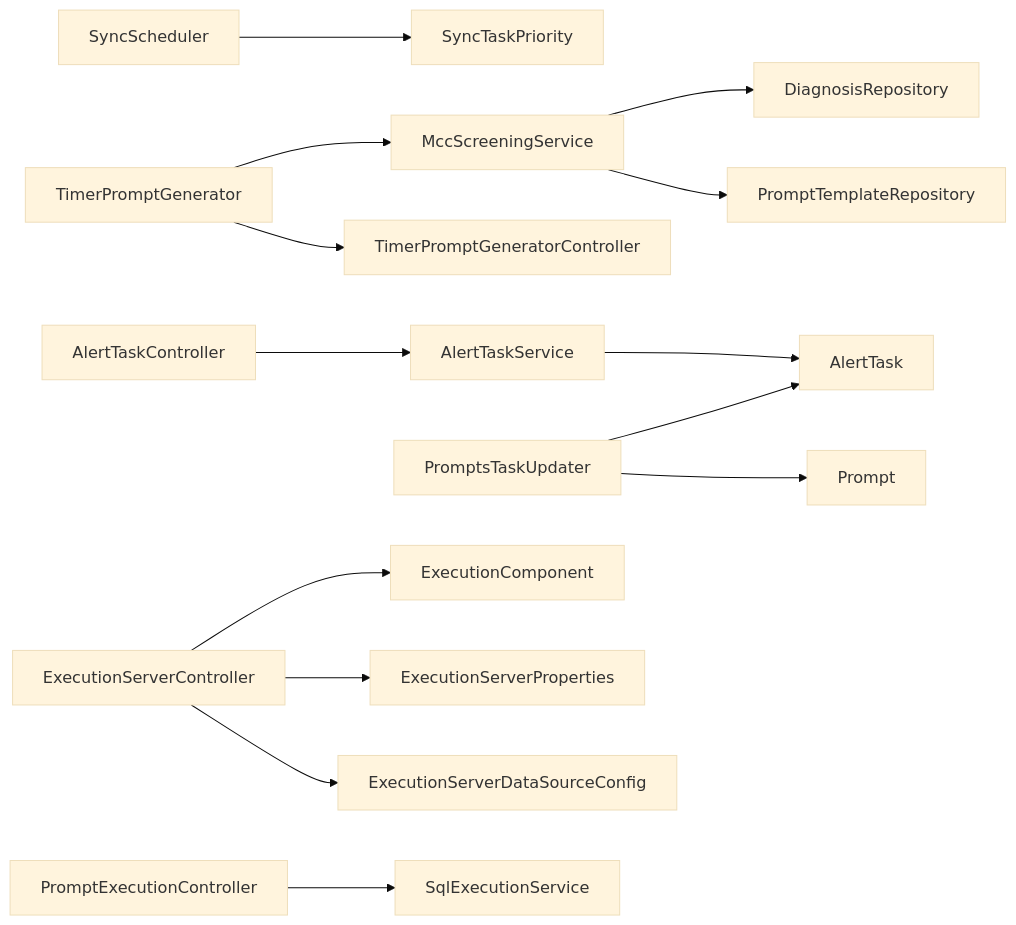
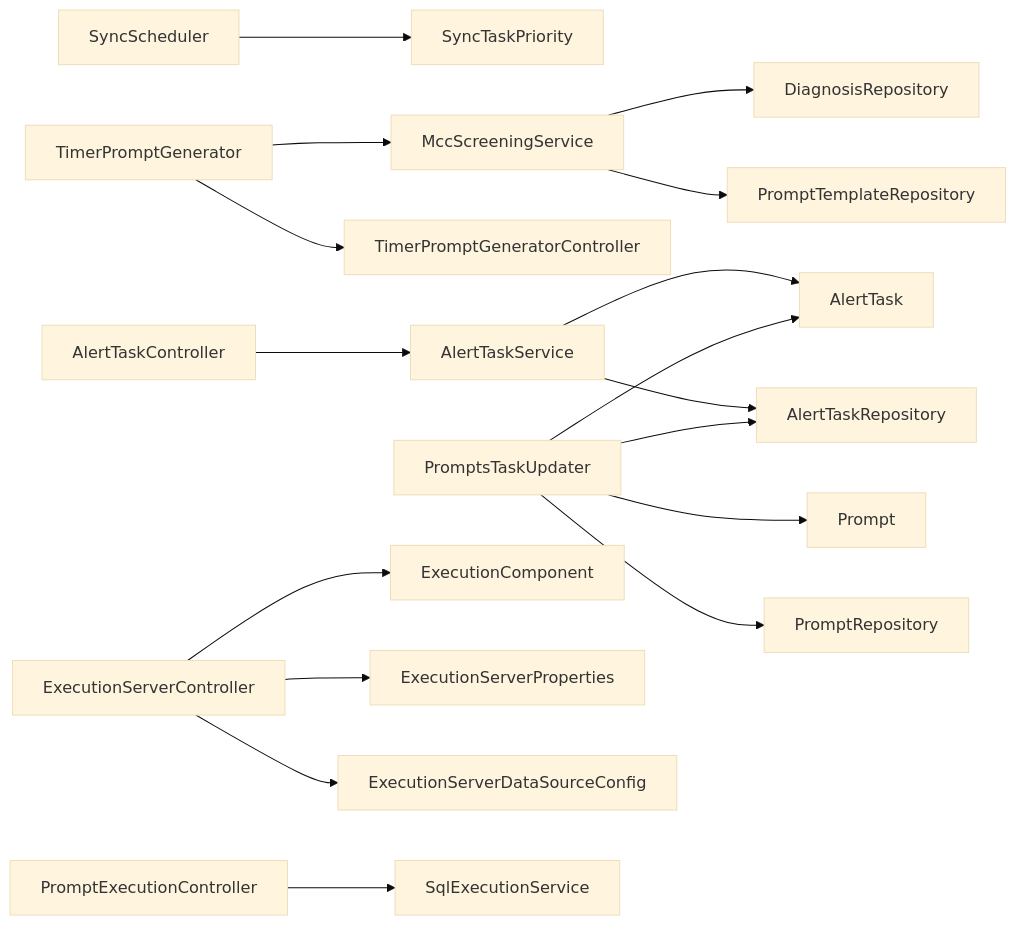
Before and after one commit to liuzh2008/med_ai_assistant_workspace: diagram 14 of 14 in .qoder/repowiki/zh/content/核心功能模块/任务调度系统.md, drawn with Mermaid (base theme). The commit also changed other lines of this file and 3 other files, not shown here.

````diff
--- a/.qoder/repowiki/zh/content/核心功能模块/任务调度系统.md
+++ b/.qoder/repowiki/zh/content/核心功能模块/任务调度系统.md
@@ -524,16 +573,19 @@
 ```mermaid
 graph LR
 SS["SyncScheduler"] --> STP["SyncTaskPriority"]
 ATS["AlertTaskService"] --> AT["AlertTask"]
+ATS --> ATR["AlertTaskRepository"]
 TPG["TimerPromptGenerator"] --> TPCC["TimerPromptGeneratorController"]
 TPG --> MSS["MccScreeningService"]
 MSS --> DR["DiagnosisRepository"]
 MSS --> PTR["PromptTemplateRepository"]
 PTU["PromptsTaskUpdater"] --> AT["AlertTask"]
 PTU --> PT["Prompt"]
+PTU --> ATR["AlertTaskRepository"]
+PTU --> PR["PromptRepository"]
 ESC["ExecutionServerController"] --> EC["ExecutionComponent"]
 ESC --> ESP["ExecutionServerProperties"]
 ESC --> ESDC["ExecutionServerDataSourceConfig"]
 ATC["AlertTaskController"] --> ATS
 PEC["PromptExecutionController"] --> SQE["SqlExecutionService"]
 ```
````
